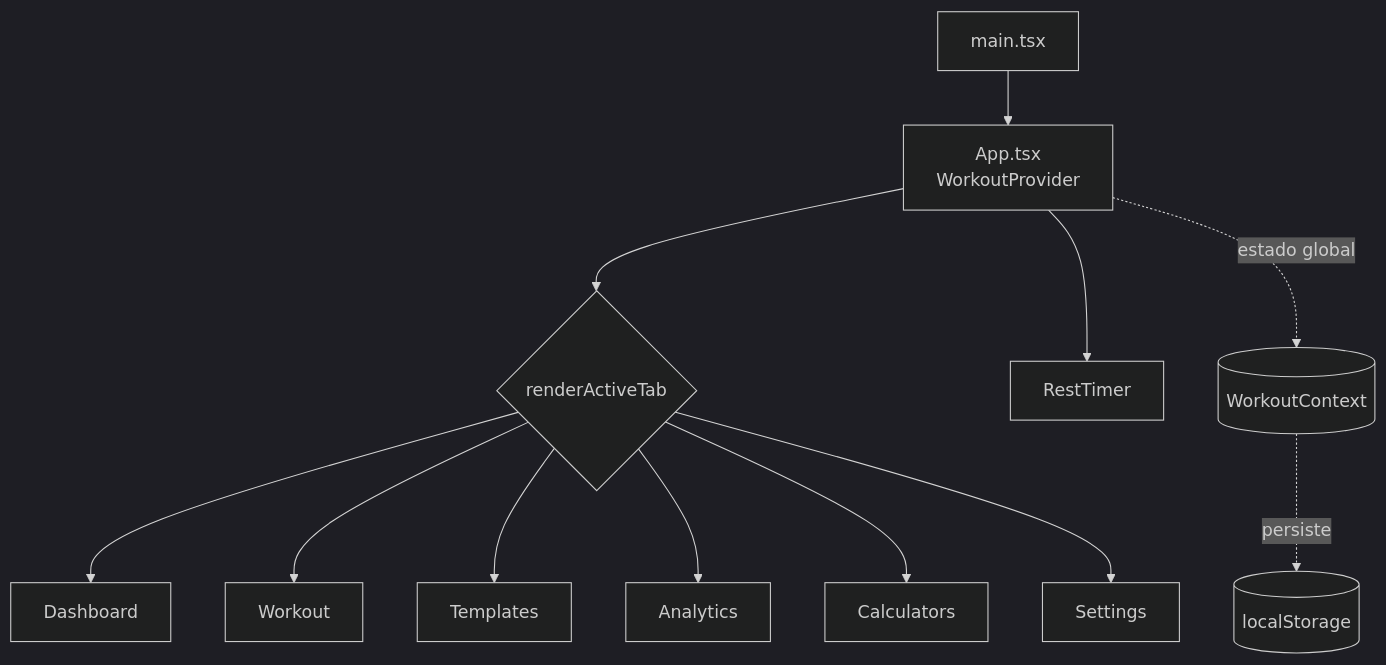
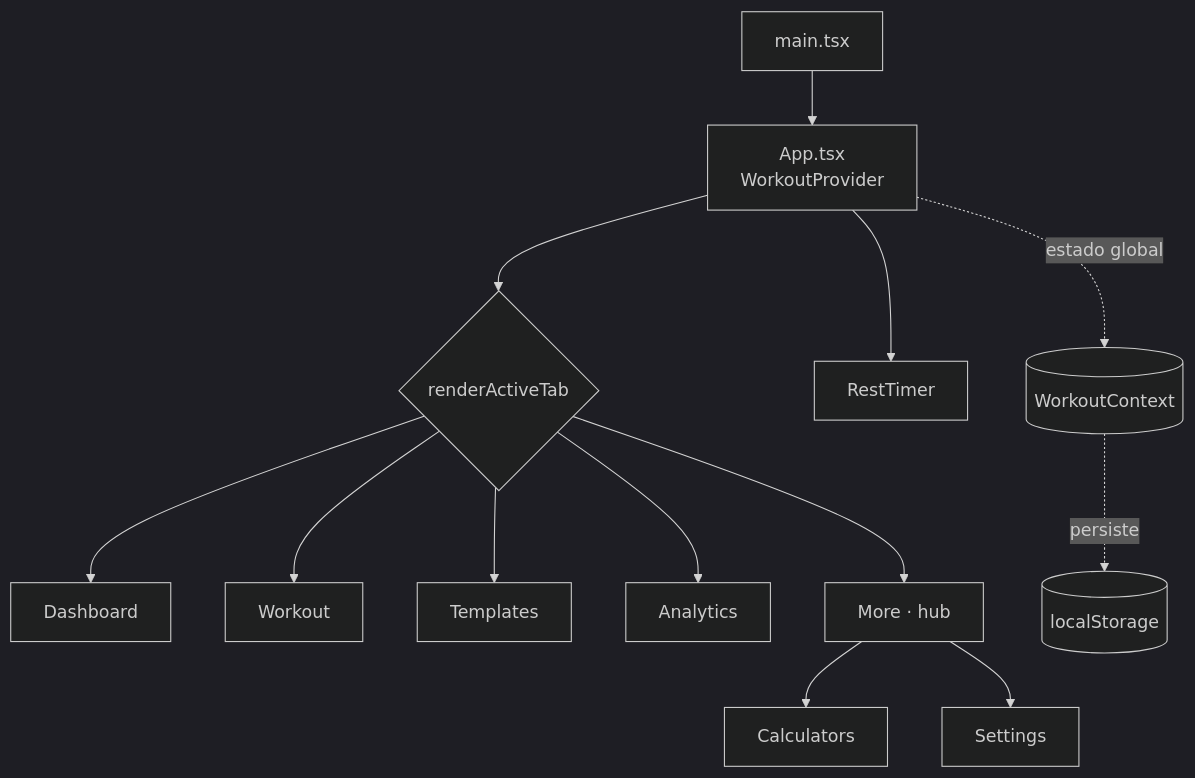
One commit to LeoCunhaLabz/powerlifting-app changed the diagram in README.md. Above: the diagram before and after it, drawn with Mermaid (dark theme). The commit also changed other lines of this file and 27 other files, not shown here.

````diff
--- a/README.md
+++ b/README.md
@@ -122,14 +123,15 @@
 ```mermaid
 flowchart TD
     A[main.tsx] --> B[App.tsx<br/>WorkoutProvider]
     B --> C{renderActiveTab}
     C --> D[Dashboard]
     C --> E[Workout]
     C --> F[Templates]
     C --> G[Analytics]
-    C --> H[Calculators]
-    C --> I[Settings]
+    C --> M[More · hub]
+    M --> H[Calculators]
+    M --> I[Settings]
     B --> J[RestTimer]
     B -. estado global .-> K[(WorkoutContext)]
     K -. persiste .-> L[(localStorage)]
 ```
````
